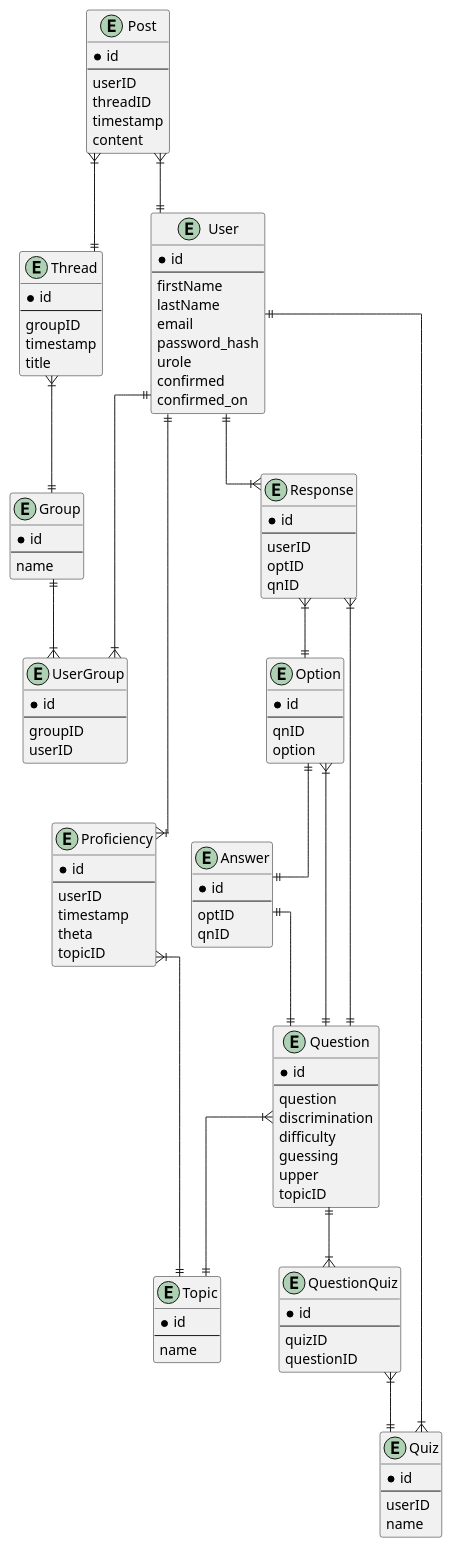
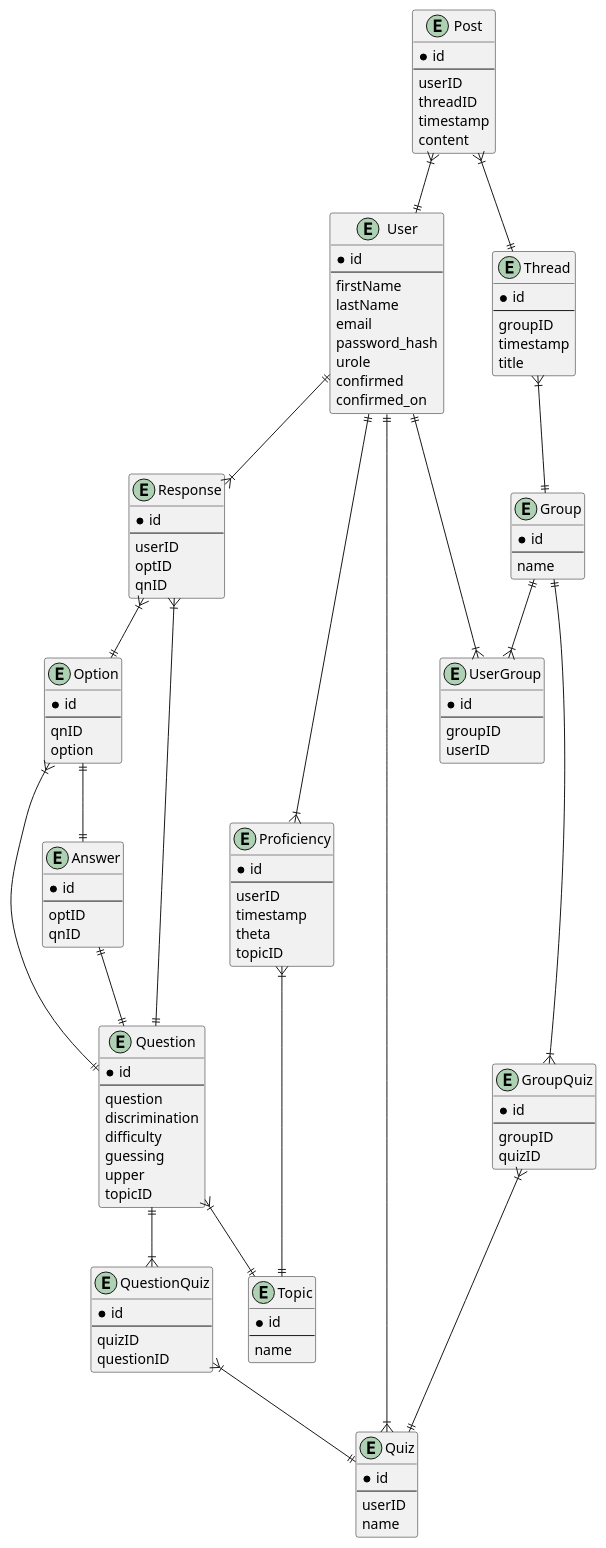
The diagram in docs/diagrams/Database.puml (Orbital-Knewbie/Knewbie), drawn with PlantUML before and after one commit. The commit also changed 4 other files, not shown here.

Commit message:
Update GroupQuiz relationship

```diff
--- a/docs/diagrams/Database.puml
+++ b/docs/diagrams/Database.puml
@@ -1,133 +1,142 @@
 @startuml
 ' avoid problems with angled crows feet
-skinparam linetype ortho
+' skinparam linetype ortho
 
 entity User {
 *id
 --
 firstName
 lastName
 email
 password_hash
 urole
 confirmed
 confirmed_on
 }
 
 entity Response {
 *id
 --
 userID
 optID
 qnID
 }
 
 entity Question {
 *id
 --
 question
 discrimination
 difficulty
 guessing
 upper
 topicID
 }
 
 entity Option {
 *id
 --
 qnID
 option
 }
 
 entity Answer {
 *id
 --
 optID
 qnID
 }
 
 entity Thread {
 *id
 --
 groupID
 timestamp
 title
 }
 
 entity Post {
 *id
 --
 userID
 threadID
 timestamp
 content
 }
 
 entity Group {
 *id
 --
 name
 }
 
 entity UserGroup {
 *id
 --
 groupID
 userID
 }
 
 entity Proficiency {
 *id
 --
 userID
 timestamp
 theta
 topicID
 }
 
 entity Quiz {
 *id
 --
 userID
 name
 }
 
+entity GroupQuiz {
+*id
+--
+groupID
+quizID
+}
 
 entity QuestionQuiz {
 *id
 --
 quizID
 questionID
 }
 
 entity Topic {
 *id
 --
 name
 }
 
 User ||--|{ Response
 
 Response }|--|| Option
 Response }|--|| Question
 Option }|--|| Question
 Answer ||--|| Question
 Option ||--|| Answer
 
 
 User ||--|{ UserGroup
 Group ||--|{ UserGroup
 Thread }|--|| Group
 Post }|--|| Thread
 Post }|--|| User
 User ||--|{ Proficiency
 
 Quiz }|--|| User
 Question ||--|{ QuestionQuiz
 QuestionQuiz }|--|| Quiz
 Question }|--|| Topic
 Proficiency }|--|| Topic
 
+Group ||--|{ GroupQuiz
+GroupQuiz }|--|| Quiz
+
 
 @enduml
```
